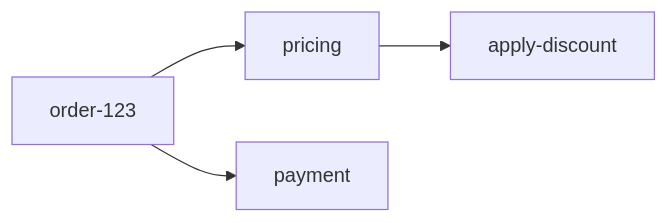
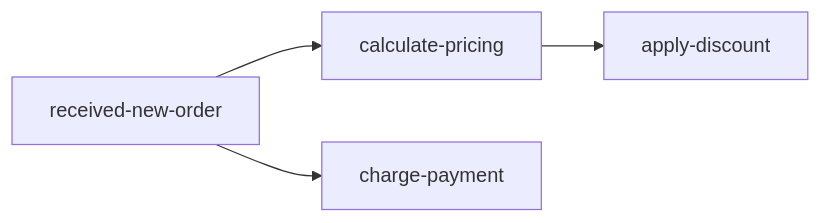
Before and after one commit to sharetech-labs/logtree: the diagram in README.md, drawn with Mermaid. The commit also changed other lines of this file, not shown here.

````diff
--- a/README.md
+++ b/README.md
@@ -84,10 +73,10 @@
 ```mermaid
 graph LR
-    root["order-123"]
-    n1["pricing"]
+    root["received-new-order"]
+    n1["calculate-pricing"]
     n2["apply-discount"]
-    n3["payment"]
+    n3["charge-payment"]
     root --> n1
     root --> n3
     n1 --> n2
 ```
````
